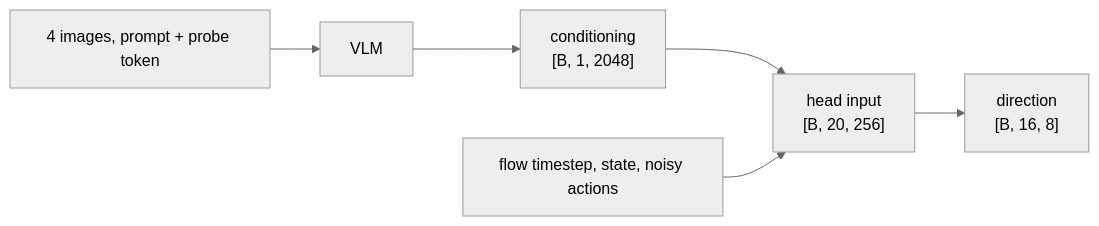
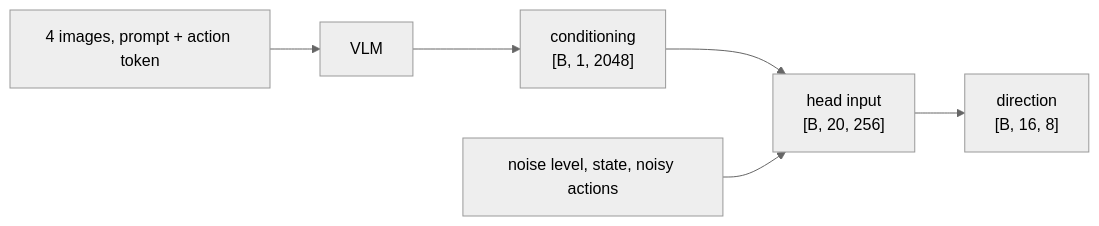
The diagram in content/chapters/60-anatomy-of-a-vla.md (arianizadi/vla-from-scratch-site), drawn with Mermaid (neutral theme) before and after one commit. The commit also changed other lines of this file and 479 other files, not shown here.

````diff
--- a/content/chapters/60-anatomy-of-a-vla.md
+++ b/content/chapters/60-anatomy-of-a-vla.md
@@ -111,5 +121,5 @@
 ```mermaid
 flowchart LR
-  O["4 images, prompt + probe token"] --> V["VLM"] --> C["conditioning<br/>[B, 1, 2048]"] --> H["head input<br/>[B, 20, 256]"] --> D["direction<br/>[B, 16, 8]"]
-  X["flow timestep, state, noisy actions"] --> H
+  O["4 images, prompt + action token"] --> V["VLM"] --> C["conditioning<br/>[B, 1, 2048]"] --> H["head input<br/>[B, 20, 256]"] --> D["direction<br/>[B, 16, 8]"]
+  X["noise level, state, noisy actions"] --> H
 ```
````
